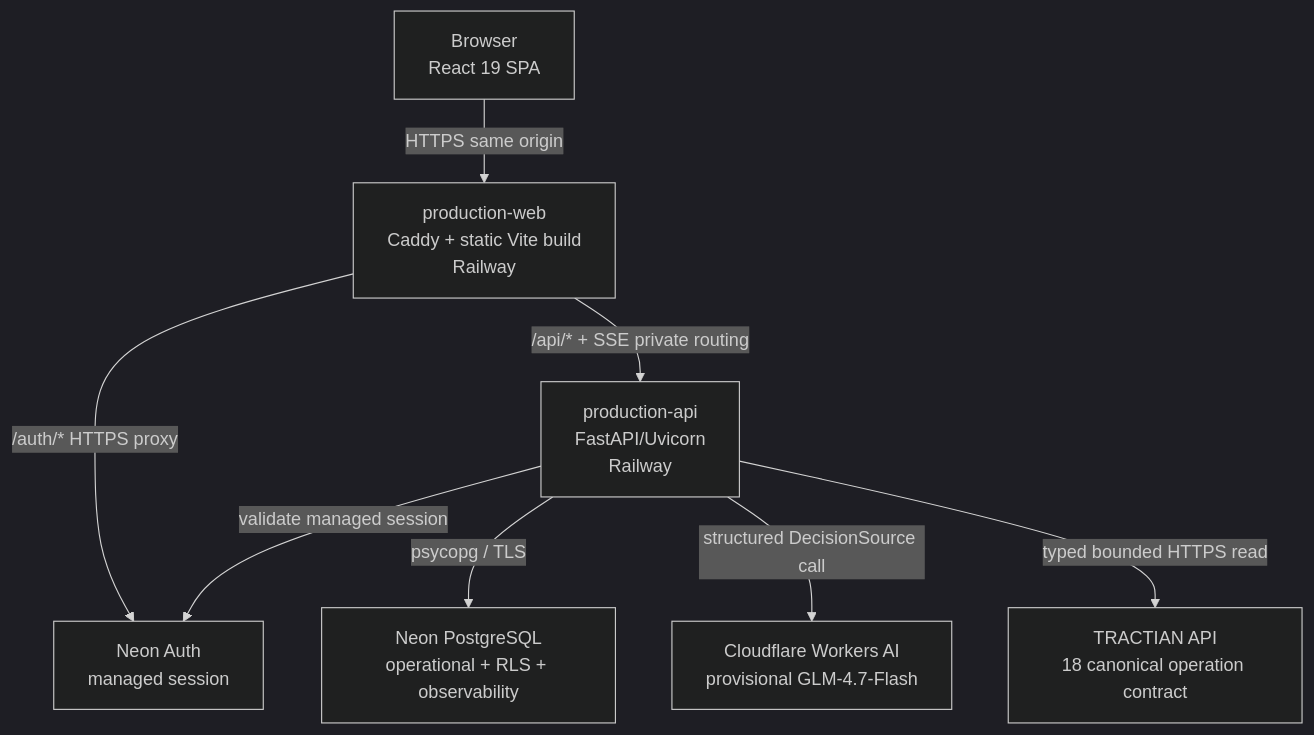
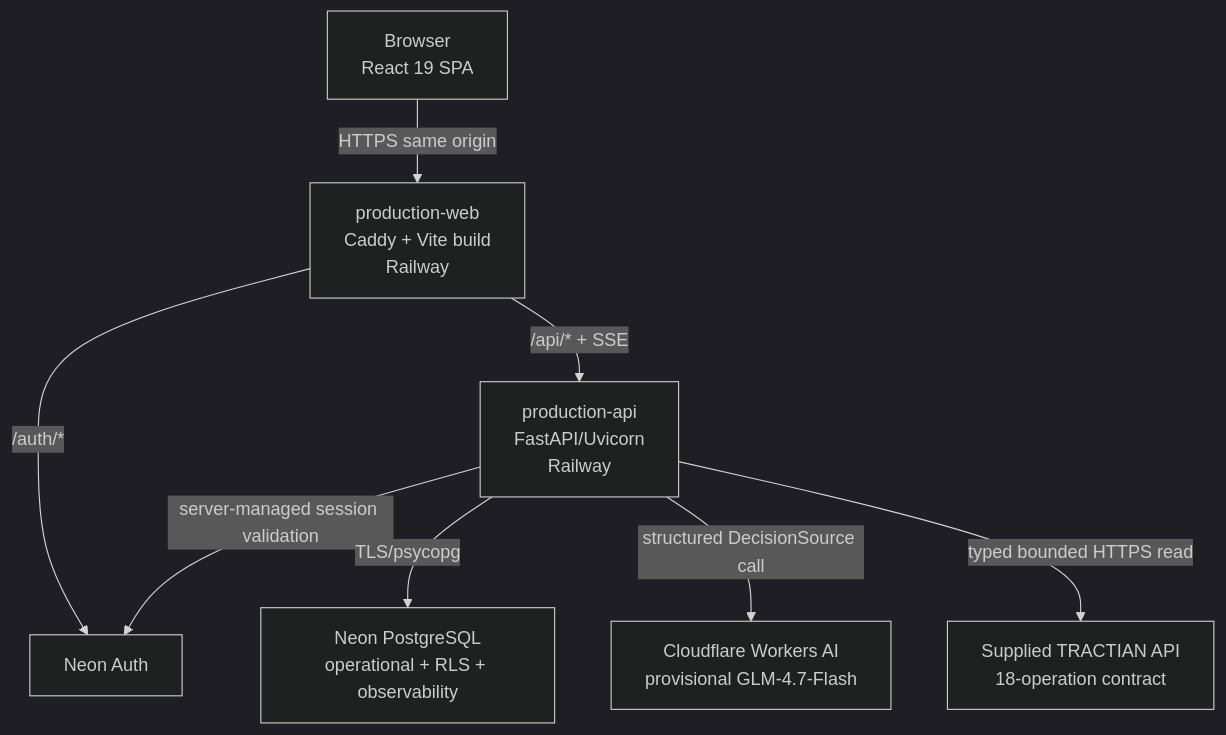
One commit to pablo-marchina/academy-tractian changed the second of 3 diagrams in docs/ARCHITECTURE.md. Above: the diagram before and after it, drawn with Mermaid (dark theme). The commit also changed other lines of this file and 8 other files, not shown here.

````diff
--- a/docs/ARCHITECTURE.md
+++ b/docs/ARCHITECTURE.md
@@ -39,18 +33,18 @@
 ```mermaid
 flowchart TB
     B[Browser\nReact 19 SPA]
-    W[production-web\nCaddy + static Vite build\nRailway]
+    W[production-web\nCaddy + Vite build\nRailway]
     API[production-api\nFastAPI/Uvicorn\nRailway]
-    AUTH[Neon Auth\nmanaged session]
+    AUTH[Neon Auth]
     DB[Neon PostgreSQL\noperational + RLS + observability]
     CF[Cloudflare Workers AI\nprovisional GLM-4.7-Flash]
-    TR[TRACTIAN API\n18 canonical operation contract]
+    TR[Supplied TRACTIAN API\n18-operation contract]
 
     B -->|HTTPS same origin| W
-    W -->|/auth/* HTTPS proxy| AUTH
-    W -->|/api/* + SSE private routing| API
-    API -->|validate managed session| AUTH
-    API -->|psycopg / TLS| DB
+    W -->|/auth/*| AUTH
+    W -->|/api/* + SSE| API
+    API -->|server-managed session validation| AUTH
+    API -->|TLS/psycopg| DB
     API -->|structured DecisionSource call| CF
     API -->|typed bounded HTTPS read| TR
 ```
````
